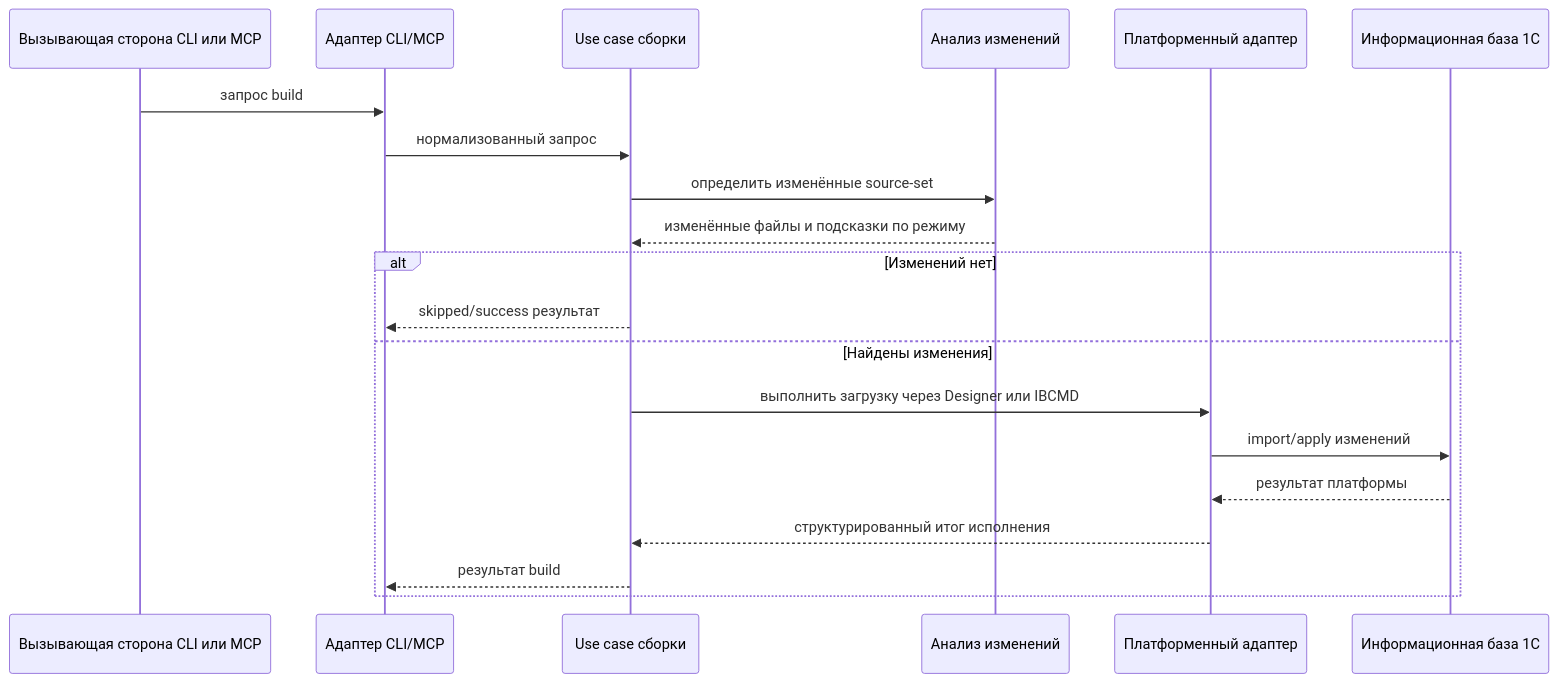
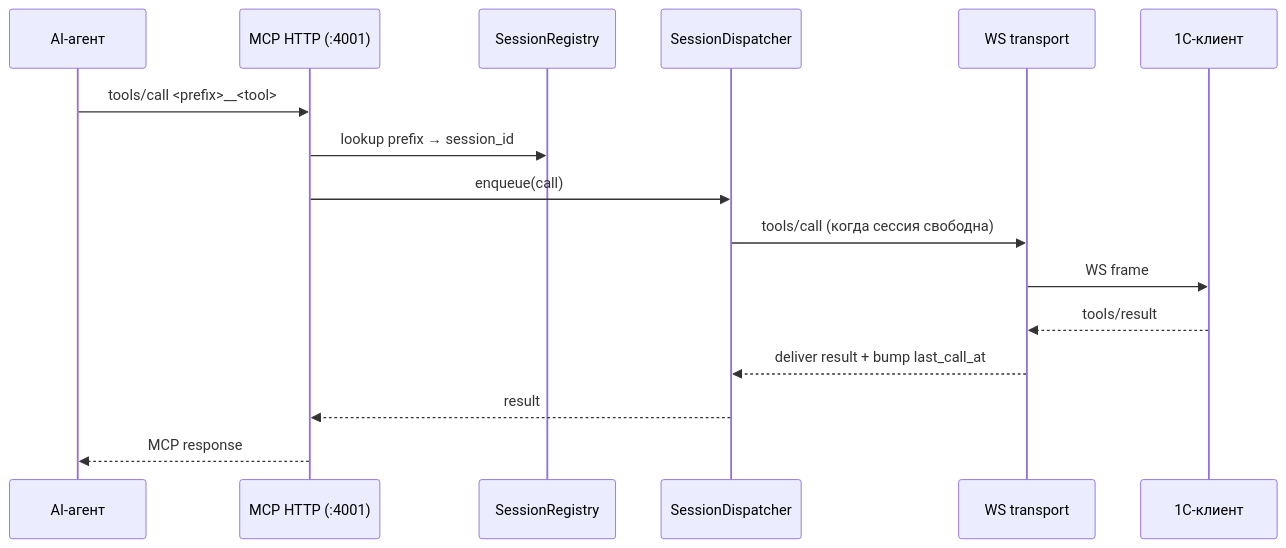
Before and after one commit to 1c-neurofish/v8-session-manager: the second of 3 diagrams in docs/architecture/arc42/06-runtime-view.md, drawn with Mermaid. The commit also changed other lines of this file and 20 other files, not shown here.

````diff
--- a/docs/architecture/arc42/06-runtime-view.md
+++ b/docs/architecture/arc42/06-runtime-view.md
@@ -5,23 +30,19 @@
 ```mermaid
 sequenceDiagram
-    participant User as Вызывающая сторона CLI или MCP
-    participant Adapter as Адаптер CLI/MCP
-    participant UC as Use case сборки
-    participant CD as Анализ изменений
-    participant PF as Платформенный адаптер
-    participant IB as Информационная база 1С
+    participant Agent as AI-агент
+    participant Http as MCP HTTP (:4001)
+    participant Reg as SessionRegistry
+    participant Disp as SessionDispatcher
+    participant WS as WS transport
+    participant Client as 1С-клиент
 
-    User->>Adapter: запрос build
-    Adapter->>UC: нормализованный запрос
-    UC->>CD: определить изменённые source-set
-    CD-->>UC: изменённые файлы и подсказки по режиму
-    alt Изменений нет
-        UC-->>Adapter: skipped/success результат
-    else Найдены изменения
-        UC->>PF: выполнить загрузку через Designer или IBCMD
-        PF->>IB: import/apply изменений
-        IB-->>PF: результат платформы
-        PF-->>UC: структурированный итог исполнения
-        UC-->>Adapter: результат build
-    end
+    Agent->>Http: tools/call <prefix>__<tool>
+    Http->>Reg: lookup prefix → session_id
+    Http->>Disp: enqueue(call)
+    Disp->>WS: tools/call (когда сессия свободна)
+    WS->>Client: WS frame
+    Client-->>WS: tools/result
+    WS-->>Disp: deliver result + bump last_call_at
+    Disp-->>Http: result
+    Http-->>Agent: MCP response
 ```
````
